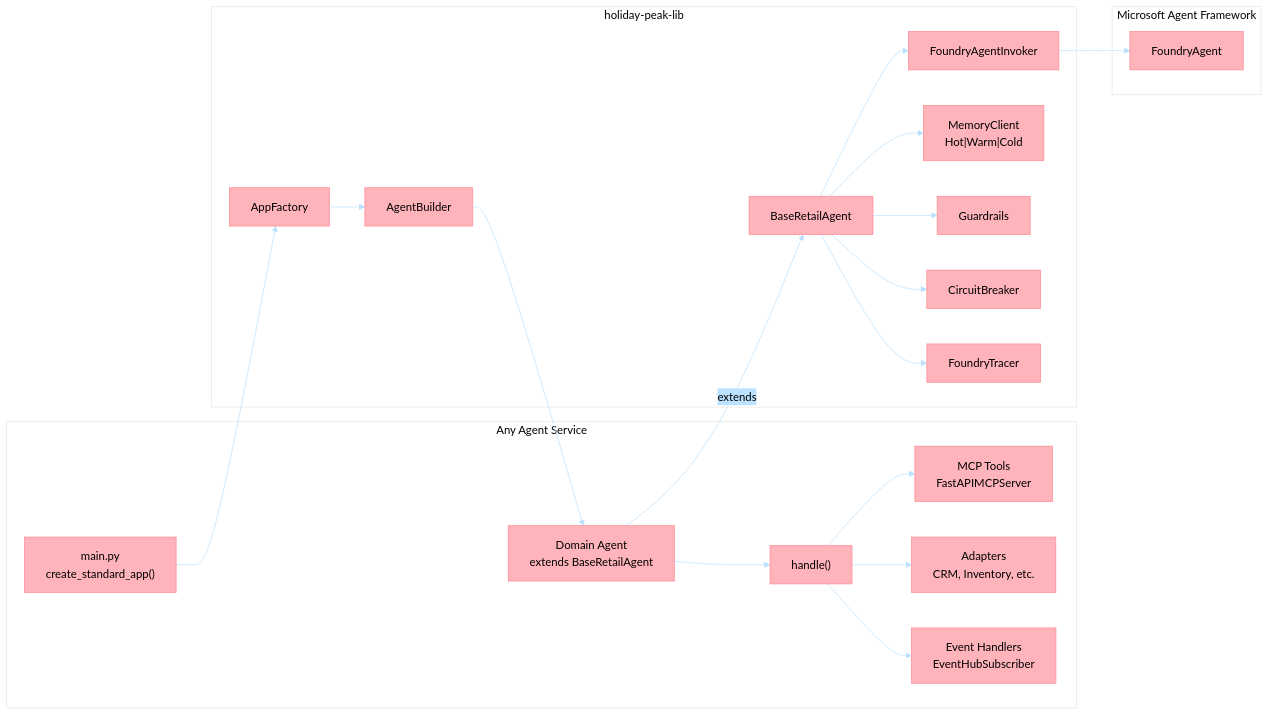
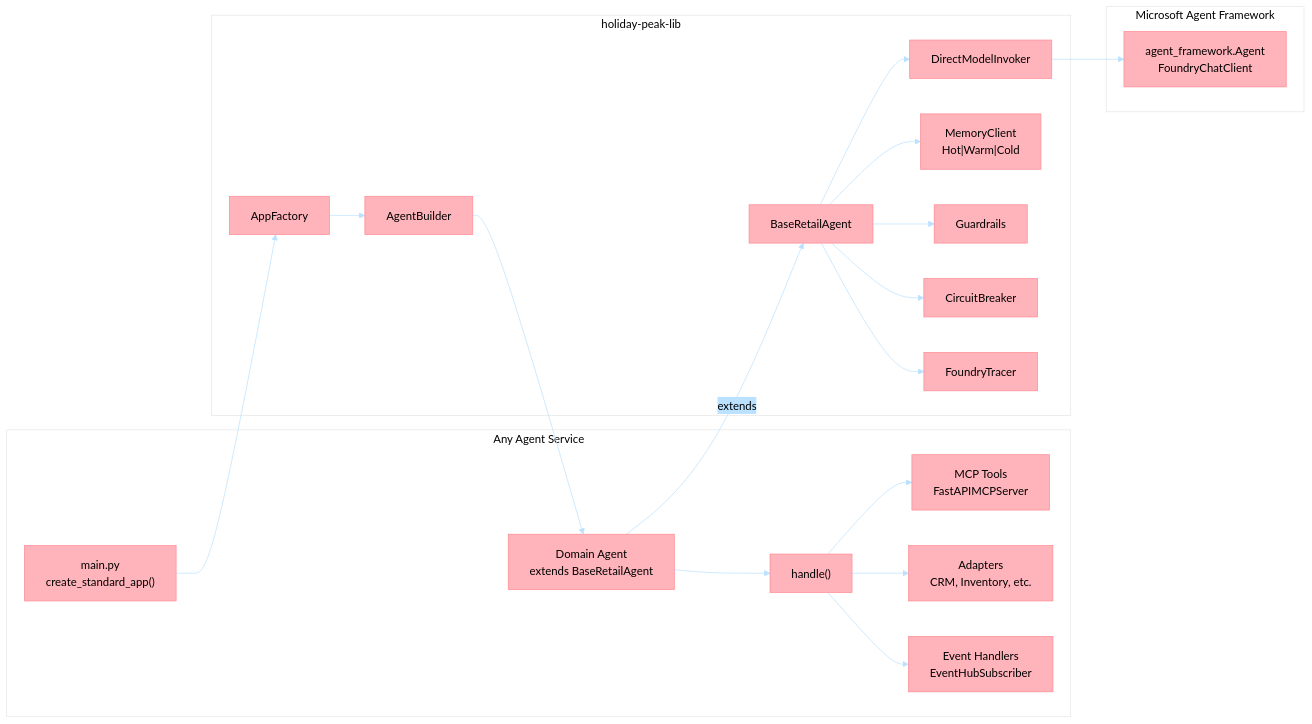
One commit to Azure-Samples/holiday-peak-hub changed the second of 4 diagrams in docs/architecture/solution-architecture-overview.md. Above: the diagram before and after it, drawn with Mermaid. The commit also changed 116 other files, not shown here.

First line of the commit message:
feat(#990): MAF direct-model migration - Wave 4c cleanup + Foundry portal-tracking manifests (#1093)

````diff
--- a/docs/architecture/solution-architecture-overview.md
+++ b/docs/architecture/solution-architecture-overview.md
@@ -65,44 +65,44 @@
 ```mermaid
 %%{init: {'theme':'base', 'themeVariables': {
   'primaryColor':'#FFB3BA',
   'primaryTextColor':'#000',
   'primaryBorderColor':'#FF8B94',
   'lineColor':'#BAE1FF',
   'secondaryColor':'#BAE1FF',
   'tertiaryColor':'#FFFFFF'
 }}}%%
 graph LR
     subgraph "Any Agent Service"
         MAIN["main.py<br/>create_standard_app()"]
         AGENT["Domain Agent<br/>extends BaseRetailAgent"]
         HANDLER["handle()"]
         TOOLS["MCP Tools<br/>FastAPIMCPServer"]
         ADAPT["Adapters<br/>CRM, Inventory, etc."]
         EVENTS["Event Handlers<br/>EventHubSubscriber"]
     end
 
     subgraph "holiday-peak-lib"
         AF["AppFactory"]
         BA["BaseRetailAgent"]
         AB["AgentBuilder"]
-        FAI["FoundryAgentInvoker"]
+        DMI["DirectModelInvoker"]
         MEM["MemoryClient<br/>Hot|Warm|Cold"]
         GR["Guardrails"]
         CB["CircuitBreaker"]
         TEL["FoundryTracer"]
     end
 
     subgraph "Microsoft Agent Framework"
-        MAF["FoundryAgent"]
+        MAF["agent_framework.Agent<br/>FoundryChatClient"]
     end
 
     MAIN --> AF
     AF --> AB
     AB --> AGENT
     AGENT -->|extends| BA
     AGENT --> HANDLER
     HANDLER --> TOOLS & ADAPT & EVENTS
-    BA --> FAI
-    FAI --> MAF
+    BA --> DMI
+    DMI --> MAF
     BA --> MEM & GR & CB & TEL
 ```
````
